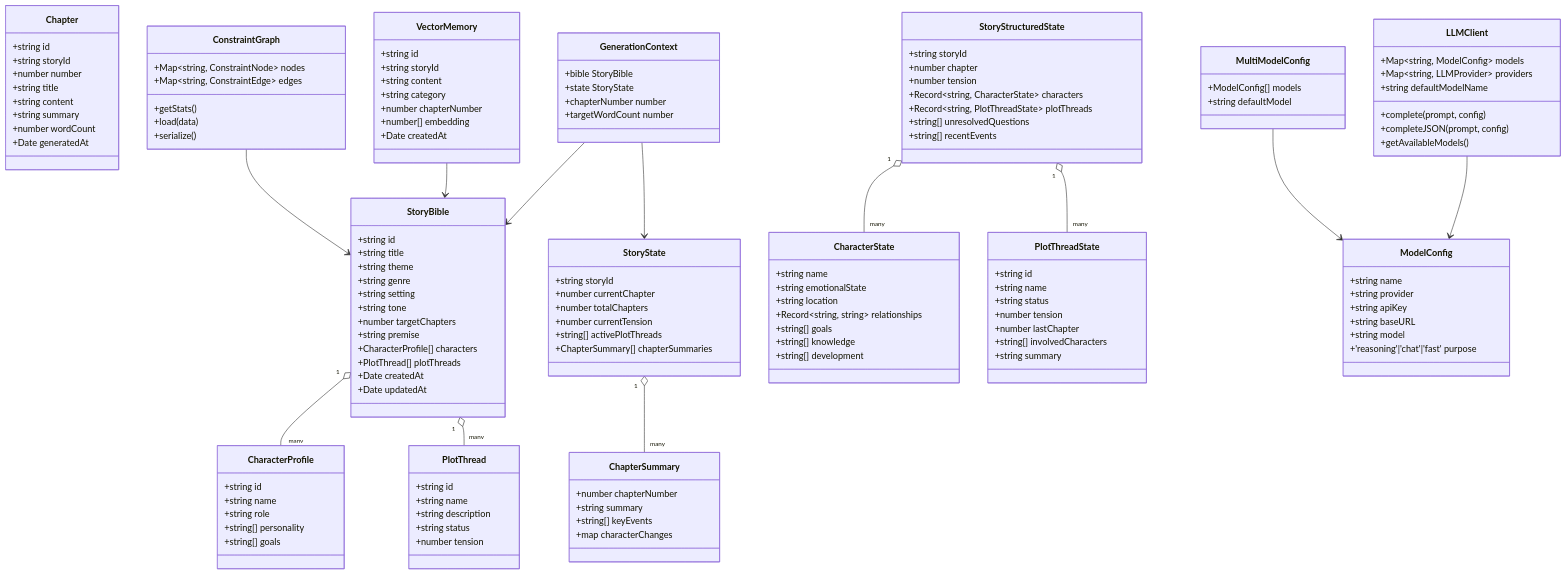
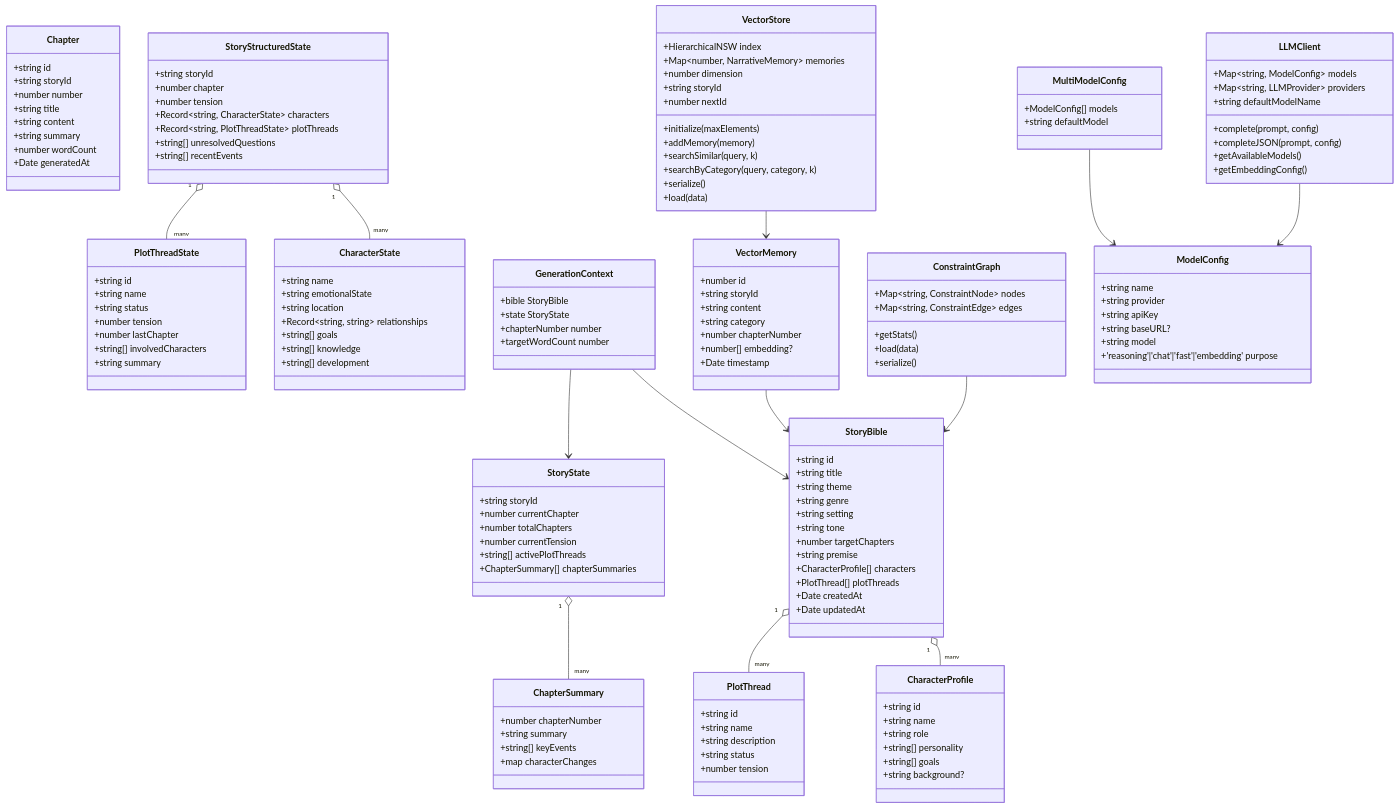
One commit to liwonder/NARRITIVE_OS changed the fourth of 4 diagrams in .qoder/repowiki/en/content/CLI Command Reference.md. Above: the diagram before and after it, drawn with Mermaid. The commit also changed other lines of this file and 12 other files, not shown here.

````diff
--- a/.qoder/repowiki/en/content/CLI Command Reference.md
+++ b/.qoder/repowiki/en/content/CLI Command Reference.md
@@ -879,6 +911,7 @@
 +string role
 +string[] personality
 +string[] goals
++string background?
 }
 class PlotThread {
 +string id
@@ -945,13 +978,13 @@
 +targetWordCount number
 }
 class VectorMemory {
-+string id
++number id
 +string storyId
 +string content
 +string category
 +number chapterNumber
-+number[] embedding
-+Date createdAt
++number[] embedding?
++Date timestamp
 }
 class ConstraintGraph {
 +Map~string, ConstraintNode~ nodes
@@ -964,9 +997,9 @@
 +string name
 +string provider
 +string apiKey
-+string baseURL
++string baseURL?
 +string model
-+'reasoning'|'chat'|'fast' purpose
++'reasoning'|'chat'|'fast'|'embedding' purpose
 }
 class MultiModelConfig {
 +ModelConfig[] models
@@ -979,6 +1012,20 @@
 +complete(prompt, config)
 +completeJSON(prompt, config)
 +getAvailableModels()
++getEmbeddingConfig()
+}
+class VectorStore {
++HierarchicalNSW index
++Map~number, NarrativeMemory~ memories
++number dimension
++string storyId
++number nextId
++initialize(maxElements)
++addMemory(memory)
++searchSimilar(query, k)
++searchByCategory(query, category, k)
++serialize()
++load(data)
 }
 StoryBible "1" o-- "many" CharacterProfile
 StoryBible "1" o-- "many" PlotThread
@@ -991,4 +1038,5 @@
 ConstraintGraph --> StoryBible
 LLMClient --> ModelConfig
 MultiModelConfig --> ModelConfig
+VectorStore --> VectorMemory
 ```
````
